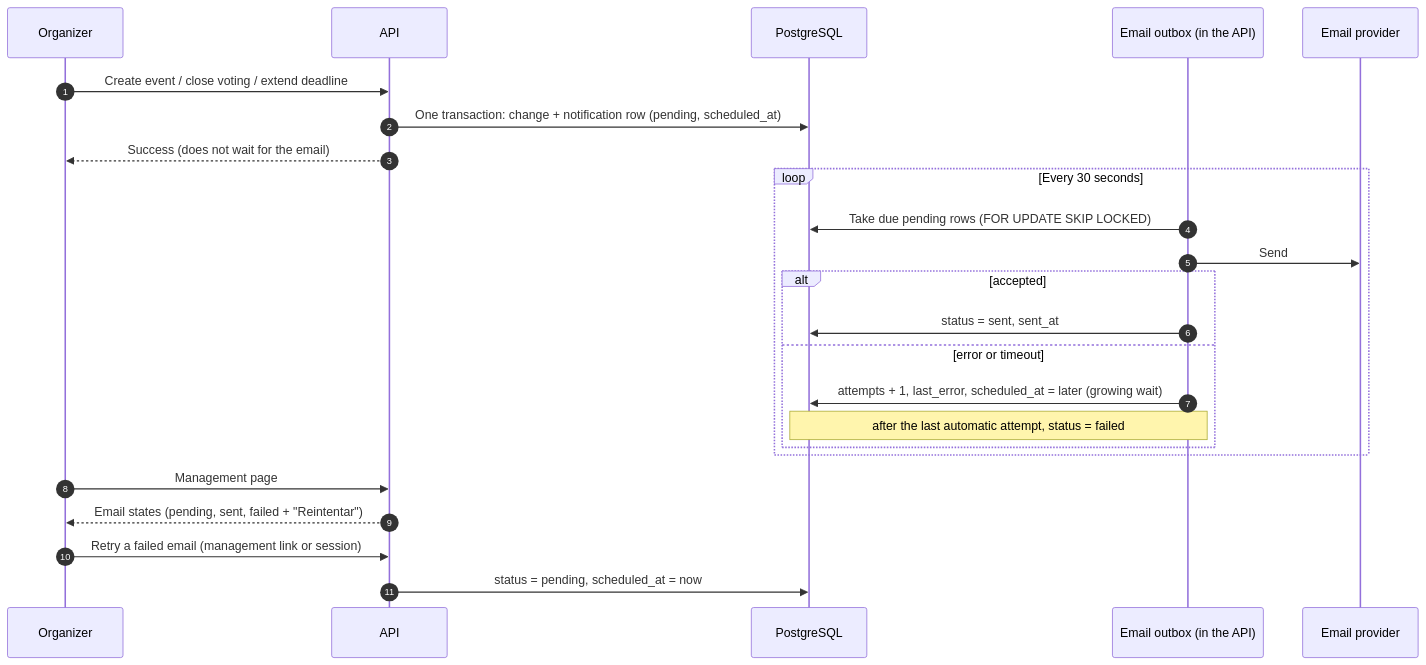
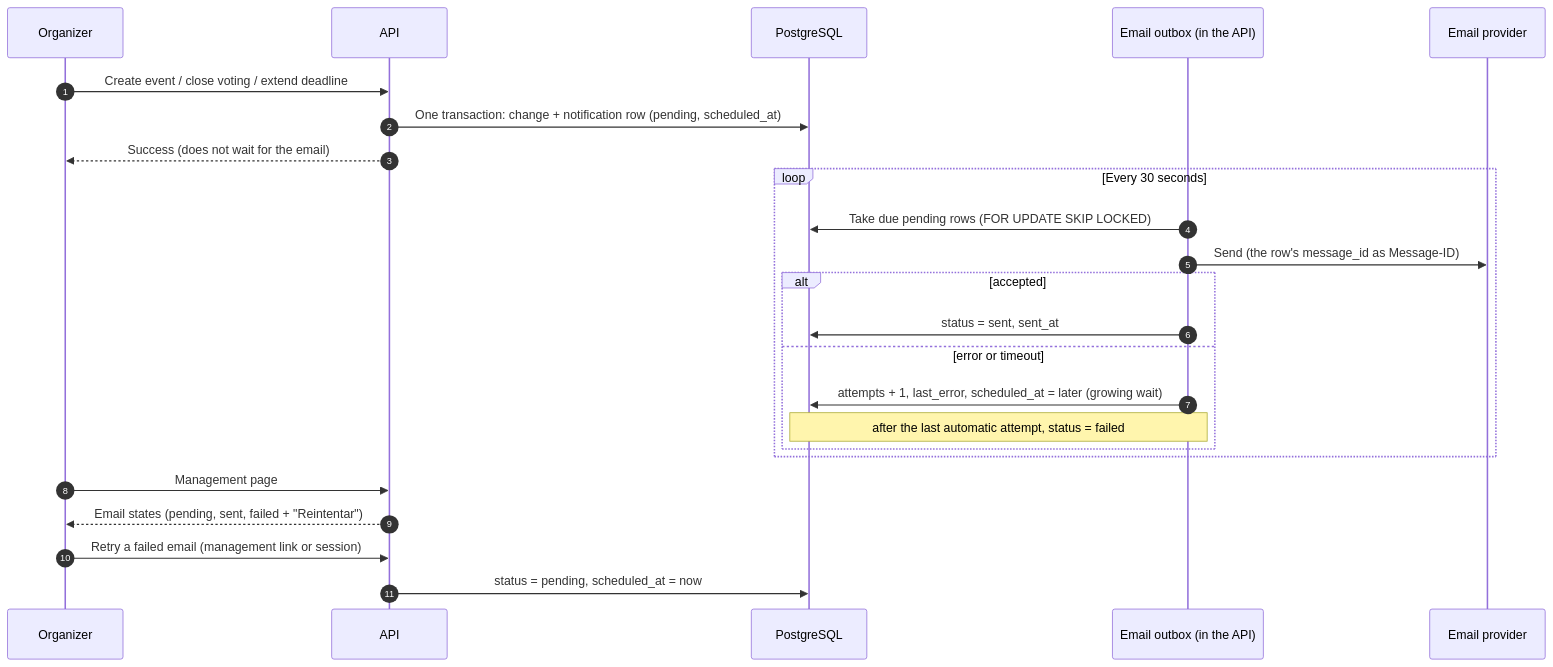
The fourth of 4 diagrams in docs/diagrams.md (pietrodags/qando-app), drawn with Mermaid before and after one commit. The commit also changed other lines of this file and 10 other files, not shown here.

````diff
--- a/docs/diagrams.md
+++ b/docs/diagrams.md
@@ -200,27 +201,27 @@
 ```mermaid
 sequenceDiagram
   autonumber
   participant O as Organizer
   participant API
   participant DB as PostgreSQL
   participant W as Email outbox (in the API)
   participant SMTP as Email provider
 
   O->>API: Create event / close voting / extend deadline
   API->>DB: One transaction: change + notification row (pending, scheduled_at)
   API-->>O: Success (does not wait for the email)
   loop Every 30 seconds
     W->>DB: Take due pending rows (FOR UPDATE SKIP LOCKED)
-    W->>SMTP: Send
+    W->>SMTP: Send (the row's message_id as Message-ID)
     alt accepted
       W->>DB: status = sent, sent_at
     else error or timeout
       W->>DB: attempts + 1, last_error, scheduled_at = later (growing wait)
       Note over W,DB: after the last automatic attempt, status = failed
     end
   end
   O->>API: Management page
   API-->>O: Email states (pending, sent, failed + "Reintentar")
   O->>API: Retry a failed email (management link or session)
   API->>DB: status = pending, scheduled_at = now
 ```
````
